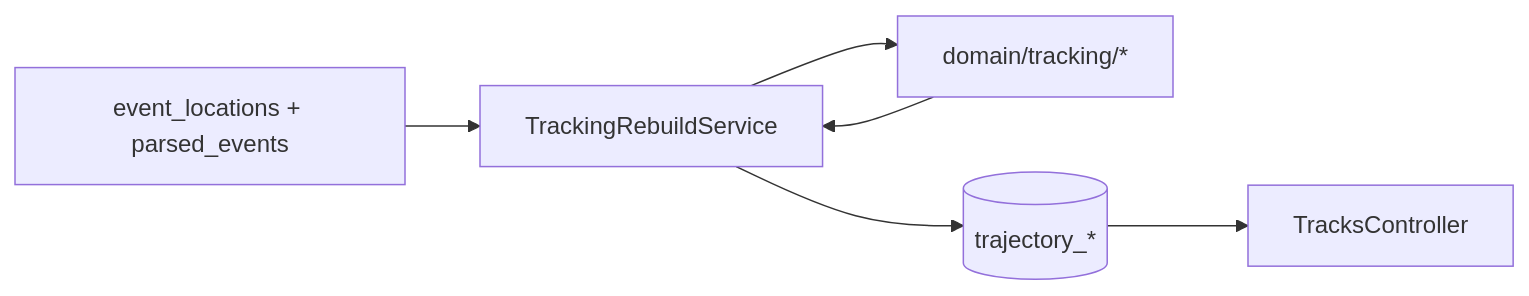
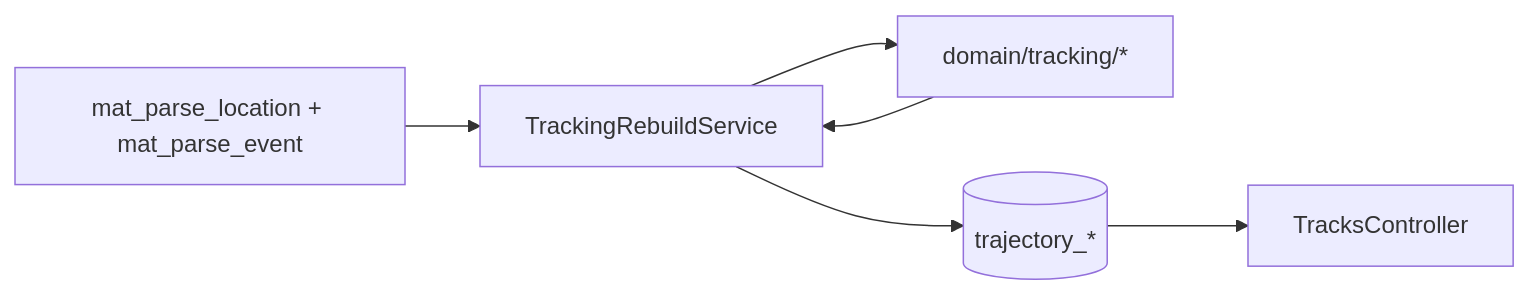
The diagram in docs/sdd/tracking/phase-1-l1-mvp.md (exclusiveLogin/radar), drawn with Mermaid before and after one commit. The commit also changed other lines of this file and 312 other files, not shown here.

````diff
--- a/docs/sdd/tracking/phase-1-l1-mvp.md
+++ b/docs/sdd/tracking/phase-1-l1-mvp.md
@@ -35,14 +35,14 @@
 ```mermaid
 flowchart LR
-  EL[event_locations + parsed_events]
+  EL[mat_parse_location + mat_parse_event]
   W[TrackingRebuildService]
   D[domain/tracking/*]
   DB[(trajectory_*)]
   API[TracksController]
 
   EL --> W
   W --> D
   D --> W
   W --> DB
   DB --> API
 ```
````
